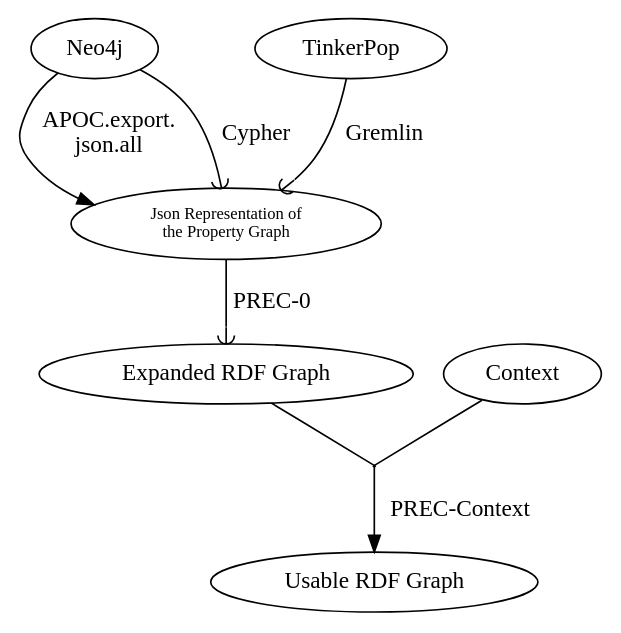
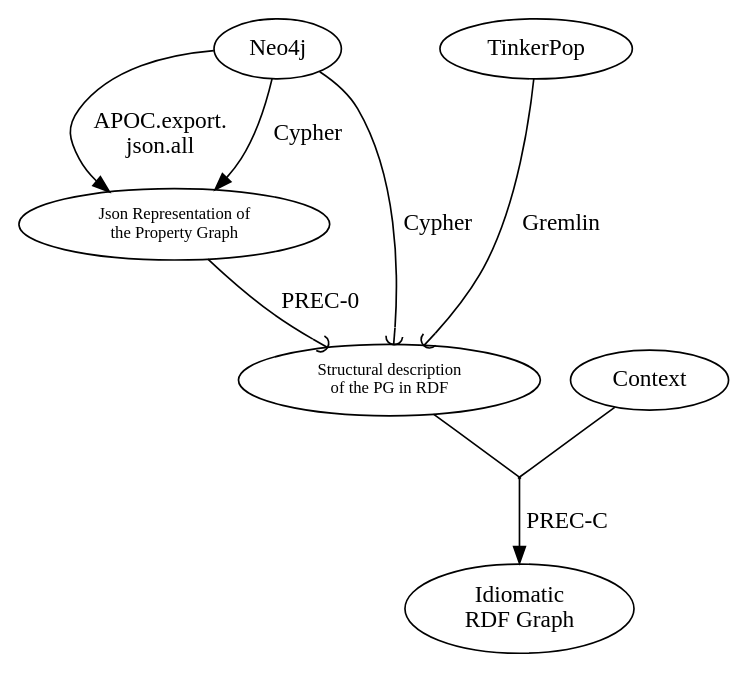
One commit to BruJu/PREC changed the diagram in docs/general_process.dot. Above: the diagram before and after it, drawn with Graphviz. The commit also changed 24 other files, not shown here.

```diff
--- a/docs/general_process.dot
+++ b/docs/general_process.dot
@@ -1,25 +1,22 @@
 digraph G {
-    
-    {
-        rank=same;
-        rank=min;
-        Neo4j, TinkerPop
-    }
+  { rank=same; Neo4j, TinkerPop }
   
-  TinkerPop ->"Json Representation of\nthe Property Graph" [ label="Gremlin", arrowhead="curve" ] 
+  "JSONREP" [label="Json Representation of\nthe Property Graph", fontsize = 10]
+  "RDFREP" [label="Structural description\nof the PG in RDF", fontsize = 10]
   
-  Neo4j -> "Json Representation of\nthe Property Graph" [label="APOC.export.\njson.all"] ;
-  Neo4j -> "Json Representation of\nthe Property Graph" [label="Cypher", arrowhead="curve"] ;
+  TinkerPop -> "RDFREP" [ label="Gremlin", arrowhead="curve" ] 
+  Neo4j -> "JSONREP" [label="APOC.export.\njson.all"] ;
+  Neo4j -> "JSONREP" [label="Cypher"] ;
+  Neo4j -> "RDFREP" [label="Cypher", arrowhead="curve"] ;
   
   
-  "Json Representation of\nthe Property Graph" [fontsize = 10]
-  
-  "Json Representation of\nthe Property Graph" -> "Expanded RDF Graph" [label="PREC-0", arrowhead="curve"] ;
+
+  "JSONREP" -> "RDFREP" [label="PREC-0", arrowhead="curve"] ;
   
   "Context" -> "blanknode" [dir=none];
-  "Expanded RDF Graph" -> "blanknode" [dir=none];
-  "blanknode" -> "Usable RDF Graph" [label="PREC-Context"] ;
+  "RDFREP" -> "blanknode" [dir=none];
+  "blanknode" -> "Idiomatic\nRDF Graph" [label="PREC-C"] ;
   
   
   "blanknode" [shape=diamond,style=filled,label="",height=.0,width=.0] ;
 }
```
